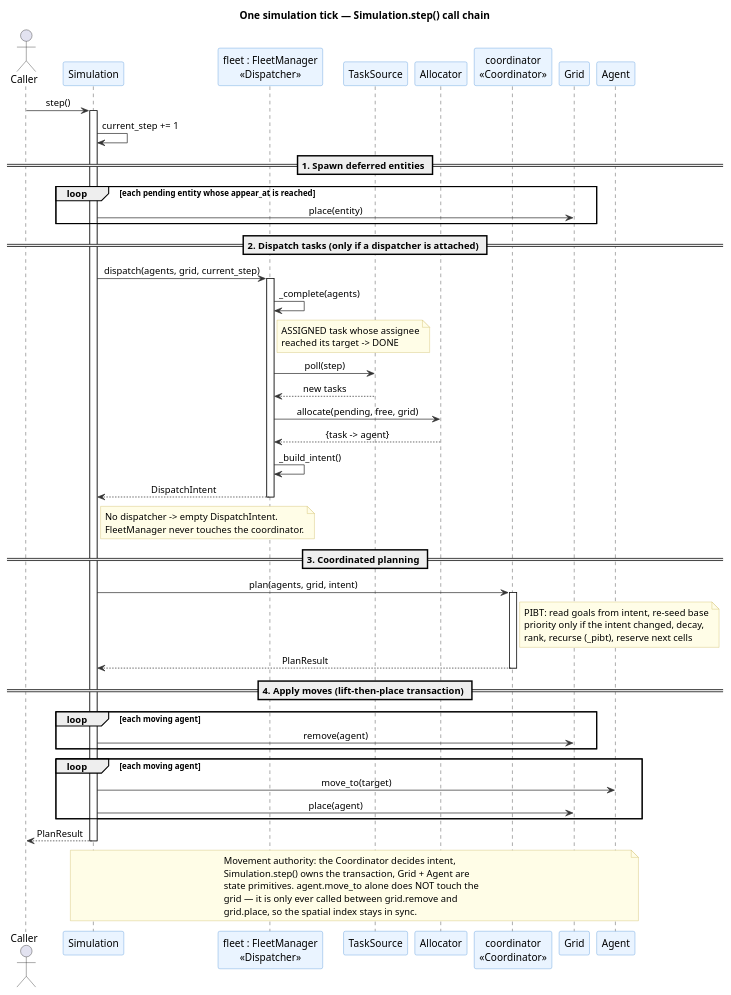
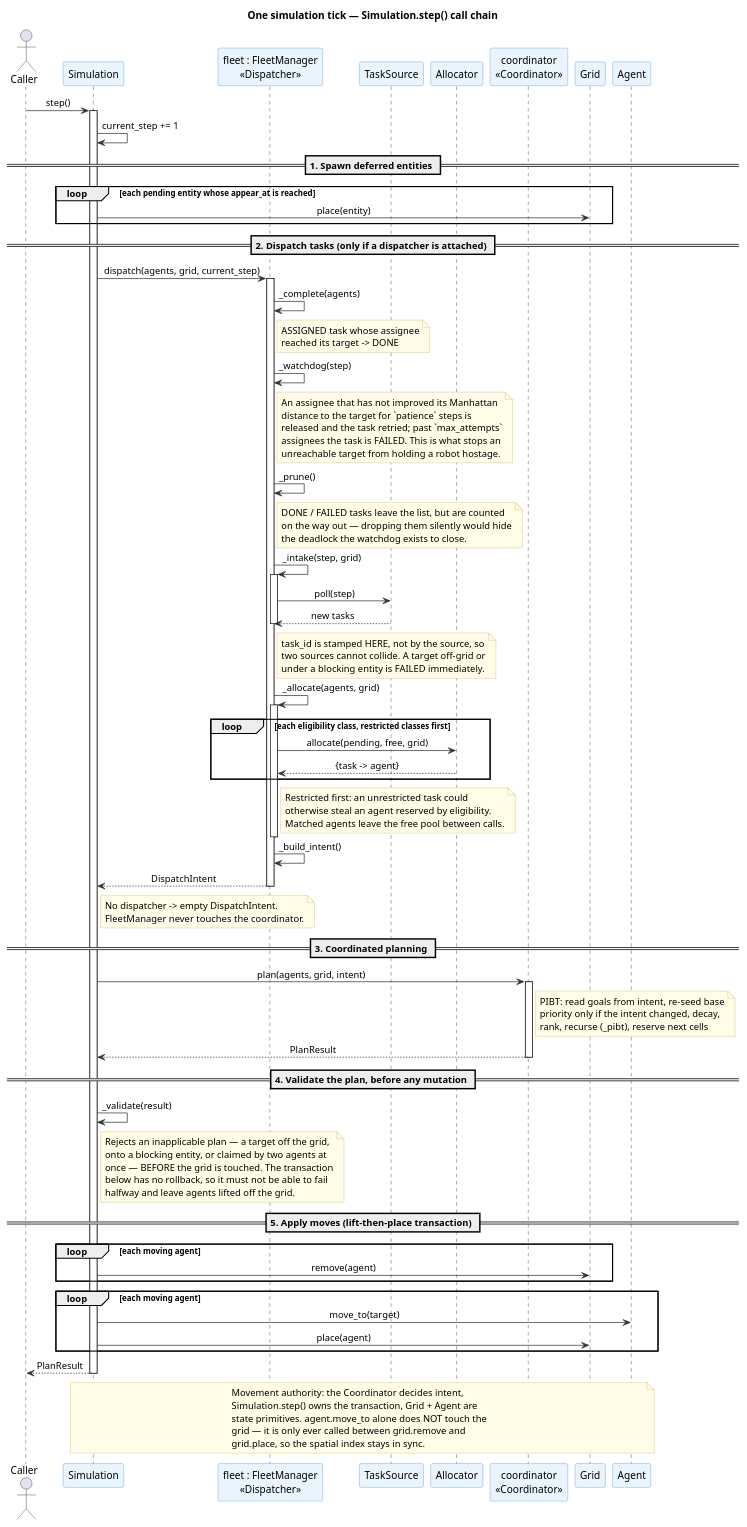
One commit to RasdaCorentin/MAPF_Simulation changed the diagram in diagrammes/sequence_tick.puml. Above: the diagram before and after it, drawn with PlantUML. The commit also changed 1 other file, not shown here.

Commit message:
docs(diagrams): complete the tick sequence with _validate and the fleet cycle
The sequence went straight from plan() to the lift/place loop, omitting
Simulation._validate() — which the class diagram does show, and which is
the reason the transaction cannot fail halfway. It also collapsed the
FleetManager cycle to _complete -> poll -> allocate, hiding _watchdog,
_prune and _intake: the watchdog is precisely what the class diagram's
FAILED note spends a paragraph justifying.

The class diagram is the reference; this brings the sequence in line.

```diff
--- a/diagrammes/sequence_tick.puml
+++ b/diagrammes/sequence_tick.puml
@@ -1,82 +1,128 @@
 @startuml sequence_tick
 
 title One simulation tick — Simulation.step() call chain
 
 skinparam SequenceMessageAlign center
 skinparam ParticipantBorderColor #4A90D9
 skinparam ParticipantBackgroundColor #EAF4FF
 skinparam ArrowColor #333333
 skinparam NoteBackgroundColor #FFFDE7
 skinparam NoteBorderColor #C9B458
 
 actor Caller
 participant Simulation
 participant "fleet : FleetManager\n<<Dispatcher>>" as Fleet
 participant TaskSource
 participant Allocator
 participant "coordinator\n<<Coordinator>>" as Coord
 participant Grid
 participant Agent
 
 Caller -> Simulation : step()
 activate Simulation
 
 Simulation -> Simulation : current_step += 1
 
 == 1. Spawn deferred entities ==
 loop each pending entity whose appear_at is reached
     Simulation -> Grid : place(entity)
 end
 
 == 2. Dispatch tasks (only if a dispatcher is attached) ==
 Simulation -> Fleet : dispatch(agents, grid, current_step)
 activate Fleet
     Fleet -> Fleet : _complete(agents)
     note right of Fleet
       ASSIGNED task whose assignee
       reached its target -> DONE
     end note
-    Fleet -> TaskSource : poll(step)
-    TaskSource --> Fleet : new tasks
-    Fleet -> Allocator : allocate(pending, free, grid)
-    Allocator --> Fleet : {task -> agent}
+    Fleet -> Fleet : _watchdog(step)
+    note right of Fleet
+      An assignee that has not improved its Manhattan
+      distance to the target for `patience` steps is
+      released and the task retried; past `max_attempts`
+      assignees the task is FAILED. This is what stops an
+      unreachable target from holding a robot hostage.
+    end note
+
+    Fleet -> Fleet : _prune()
+    note right of Fleet
+      DONE / FAILED tasks leave the list, but are counted
+      on the way out — dropping them silently would hide
+      the deadlock the watchdog exists to close.
+    end note
+
+    Fleet -> Fleet : _intake(step, grid)
+    activate Fleet
+        Fleet -> TaskSource : poll(step)
+        TaskSource --> Fleet : new tasks
+        note right of Fleet
+          task_id is stamped HERE, not by the source, so
+          two sources cannot collide. A target off-grid or
+          under a blocking entity is FAILED immediately.
+        end note
+    deactivate Fleet
+
+    Fleet -> Fleet : _allocate(agents, grid)
+    activate Fleet
+        loop each eligibility class, restricted classes first
+            Fleet -> Allocator : allocate(pending, free, grid)
+            Allocator --> Fleet : {task -> agent}
+        end
+        note right of Fleet
+          Restricted first: an unrestricted task could
+          otherwise steal an agent reserved by eligibility.
+          Matched agents leave the free pool between calls.
+        end note
+    deactivate Fleet
+
     Fleet -> Fleet : _build_intent()
     Fleet --> Simulation : DispatchIntent
 deactivate Fleet
 note right of Simulation
   No dispatcher -> empty DispatchIntent.
   FleetManager never touches the coordinator.
 end note
 
 == 3. Coordinated planning ==
 Simulation -> Coord : plan(agents, grid, intent)
 activate Coord
     note right of Coord
       PIBT: read goals from intent, re-seed base
       priority only if the intent changed, decay,
       rank, recurse (_pibt), reserve next cells
     end note
     Coord --> Simulation : PlanResult
 deactivate Coord
 
-== 4. Apply moves (lift-then-place transaction) ==
+== 4. Validate the plan, before any mutation ==
+Simulation -> Simulation : _validate(result)
+note right of Simulation
+  Rejects an inapplicable plan — a target off the grid,
+  onto a blocking entity, or claimed by two agents at
+  once — BEFORE the grid is touched. The transaction
+  below has no rollback, so it must not be able to fail
+  halfway and leave agents lifted off the grid.
+end note
+
+== 5. Apply moves (lift-then-place transaction) ==
 loop each moving agent
     Simulation -> Grid : remove(agent)
 end
 loop each moving agent
     Simulation -> Agent : move_to(target)
     Simulation -> Grid : place(agent)
 end
 
 Simulation --> Caller : PlanResult
 deactivate Simulation
 
 note over Simulation, Agent
   Movement authority: the Coordinator decides intent,
   Simulation.step() owns the transaction, Grid + Agent are
   state primitives. agent.move_to alone does NOT touch the
   grid — it is only ever called between grid.remove and
   grid.place, so the spatial index stays in sync.
 end note
 
 @enduml
```
